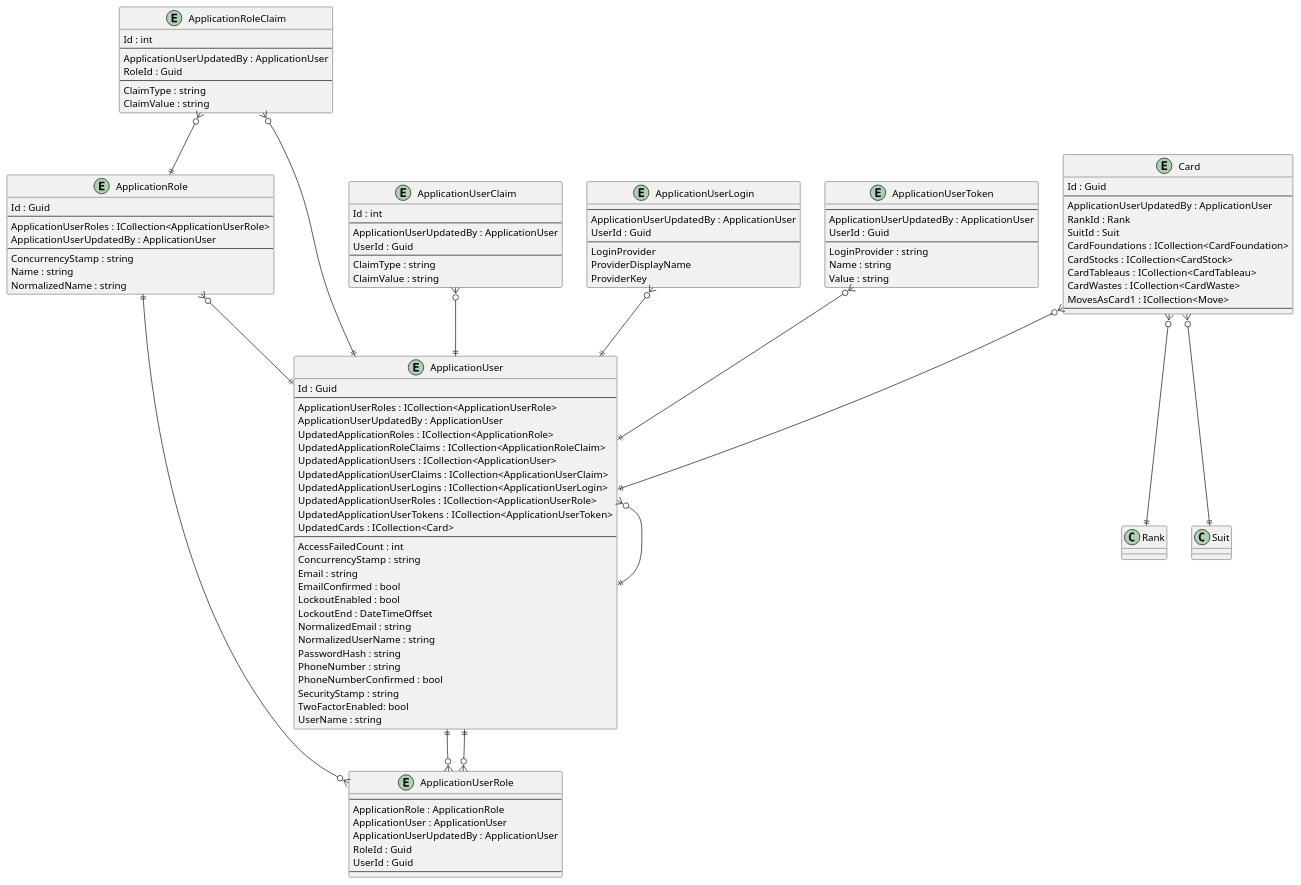
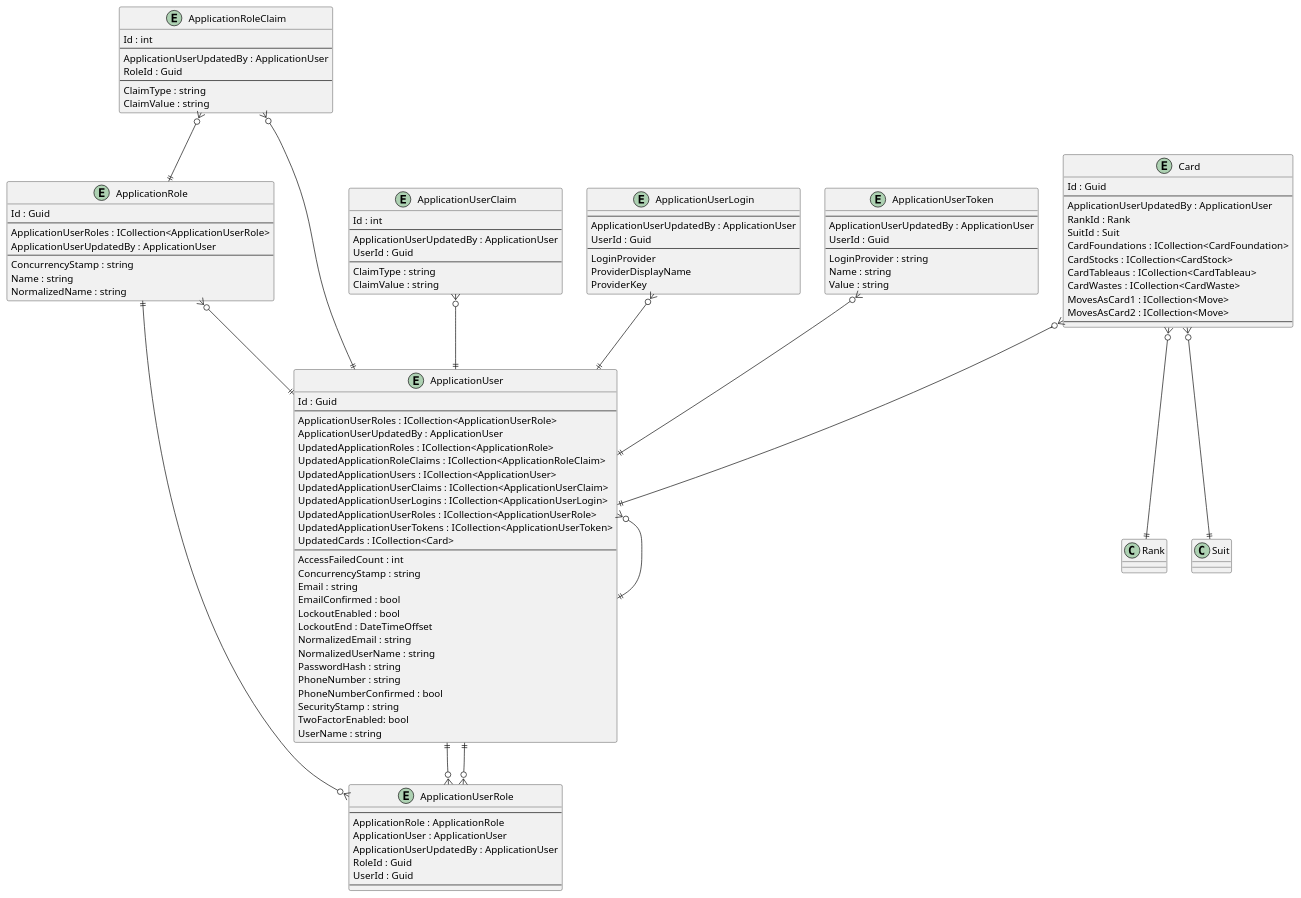
One commit to intrepion/intrepion_klondike-solitaire_csharp changed the diagram in .docs/Intrepion.KlondikeSolitaire.pu. Above: the diagram before and after it, drawn with PlantUML.

```diff
--- a/.docs/Intrepion.KlondikeSolitaire.pu
+++ b/.docs/Intrepion.KlondikeSolitaire.pu
@@ -1,129 +1,130 @@
 @startuml
 
 entity ApplicationRole {
     Id : Guid
     --
     ApplicationUserRoles : ICollection<ApplicationUserRole>
     ApplicationUserUpdatedBy : ApplicationUser
     --
     ConcurrencyStamp : string
     Name : string
     NormalizedName : string
 }
 
 entity ApplicationRoleClaim {
     Id : int
     --
     ApplicationUserUpdatedBy : ApplicationUser
     RoleId : Guid
     --
     ClaimType : string
     ClaimValue : string
 }
 
 entity ApplicationUser {
     Id : Guid
     --
     ApplicationUserRoles : ICollection<ApplicationUserRole>
     ApplicationUserUpdatedBy : ApplicationUser
     UpdatedApplicationRoles : ICollection<ApplicationRole>
     UpdatedApplicationRoleClaims : ICollection<ApplicationRoleClaim>
     UpdatedApplicationUsers : ICollection<ApplicationUser>
     UpdatedApplicationUserClaims : ICollection<ApplicationUserClaim>
     UpdatedApplicationUserLogins : ICollection<ApplicationUserLogin>
     UpdatedApplicationUserRoles : ICollection<ApplicationUserRole>
     UpdatedApplicationUserTokens : ICollection<ApplicationUserToken>
     UpdatedCards : ICollection<Card>
     ' ApplicationUserKeyCodePlaceholder
     --
     AccessFailedCount : int
     ConcurrencyStamp : string
     Email : string
     EmailConfirmed : bool
     LockoutEnabled : bool
     LockoutEnd : DateTimeOffset
     NormalizedEmail : string
     NormalizedUserName : string
     PasswordHash : string
     PhoneNumber : string
     PhoneNumberConfirmed : bool
     SecurityStamp : string
     TwoFactorEnabled: bool
     UserName : string
 }
 
 entity ApplicationUserClaim {
     Id : int
     --
     ApplicationUserUpdatedBy : ApplicationUser
     UserId : Guid
     --
     ClaimType : string
     ClaimValue : string
 }
 
 entity ApplicationUserLogin {
     --
     ApplicationUserUpdatedBy : ApplicationUser
     UserId : Guid
     --
     LoginProvider
     ProviderDisplayName
     ProviderKey
 }
 
 entity ApplicationUserRole {
     --
     ApplicationRole : ApplicationRole
     ApplicationUser : ApplicationUser
     ApplicationUserUpdatedBy : ApplicationUser
     RoleId : Guid
     UserId : Guid
     --
 }
 
 entity ApplicationUserToken {
     --
     ApplicationUserUpdatedBy : ApplicationUser
     UserId : Guid
     --
     LoginProvider : string
     Name : string
     Value : string
 }
 
 entity Card {
     Id : Guid
     --
     ApplicationUserUpdatedBy : ApplicationUser
     RankId : Rank
     SuitId : Suit
     CardFoundations : ICollection<CardFoundation>
     CardStocks : ICollection<CardStock>
     CardTableaus : ICollection<CardTableau>
     CardWastes : ICollection<CardWaste>
     MovesAsCard1 : ICollection<Move>
+    MovesAsCard2 : ICollection<Move>
     ' CardKeyCodePlaceholder
     --
     ' CardPropertyCodePlaceholder
 }
 
 ' EntityCodePlaceholder
 
 ApplicationRole ||--o{ ApplicationUserRole
 ApplicationRole }o--|| ApplicationUser
 ApplicationRoleClaim }o--|| ApplicationRole
 ApplicationRoleClaim }o--|| ApplicationUser
 ApplicationUser }o--|| ApplicationUser
 ApplicationUser ||--o{ ApplicationUserRole
 ApplicationUserClaim }o--|| ApplicationUser
 ApplicationUserLogin }o--|| ApplicationUser
 ApplicationUserRole }o--|| ApplicationUser
 ApplicationUserToken }o--|| ApplicationUser
 
 Card }o--|| ApplicationUser
 Card }o--|| Rank
 Card }o--|| Suit
 ' RelationshipCodePlaceholder
 
 @enduml
```
